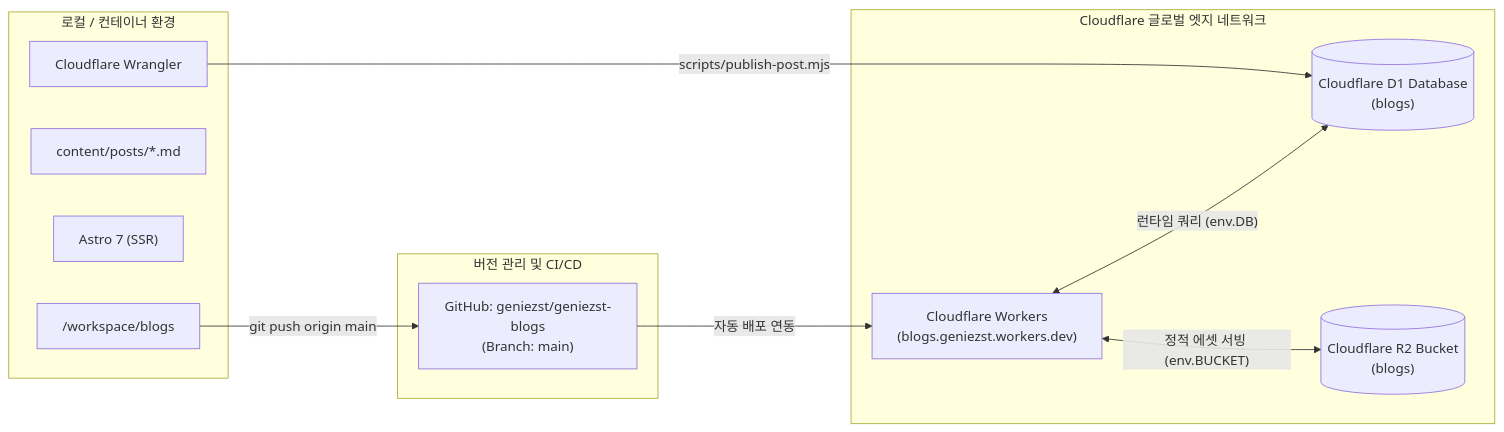
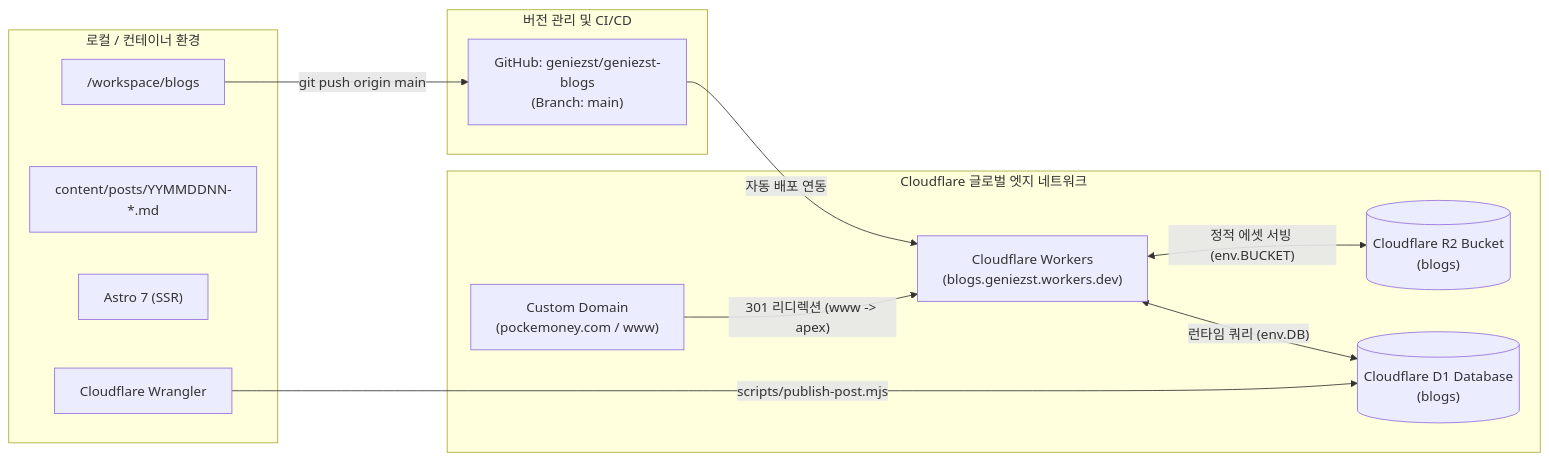
Before and after one commit to geniezst/geniezst-blogs: the diagram in docs/BLOGS_SYSTEM_GUIDE.md, drawn with Mermaid. The commit also changed other lines of this file and 1 other file, not shown here.

Commit message:
docs: update README and system guide with pockemoney.com branding and recent architecture

````diff
--- a/docs/BLOGS_SYSTEM_GUIDE.md
+++ b/docs/BLOGS_SYSTEM_GUIDE.md
@@ -12,25 +12,27 @@
 ```mermaid
 flowchart LR
     subgraph Development ["로컬 / 컨테이너 환경"]
         LocalFS["/workspace/blogs"]
-        Markdown["content/posts/*.md"]
+        Markdown["content/posts/YYMMDDNN-*.md"]
         AstroBuild["Astro 7 (SSR)"]
         WranglerCLI["Cloudflare Wrangler"]
     end
 
     subgraph GitHub ["버전 관리 및 CI/CD"]
         Repo["GitHub: geniezst/geniezst-blogs<br>(Branch: main)"]
     end
 
     subgraph Cloudflare_Edge ["Cloudflare 글로벌 엣지 네트워크"]
+        CFDomain["Custom Domain<br>(pockemoney.com / www)"]
         CFWorkers["Cloudflare Workers<br>(blogs.geniezst.workers.dev)"]
         CFD1[("Cloudflare D1 Database<br>(blogs)")]
         CFR2[("Cloudflare R2 Bucket<br>(blogs)")]
     end
 
     LocalFS -->|"git push origin main"| Repo
     Repo -->|"자동 배포 연동"| CFWorkers
+    CFDomain -->|"301 리디렉션 (www -> apex)"| CFWorkers
     WranglerCLI -->|"scripts/publish-post.mjs"| CFD1
     CFWorkers <-->|"런타임 쿼리 (env.DB)"| CFD1
     CFWorkers <-->|"정적 에셋 서빙 (env.BUCKET)"| CFR2
 ```
````
